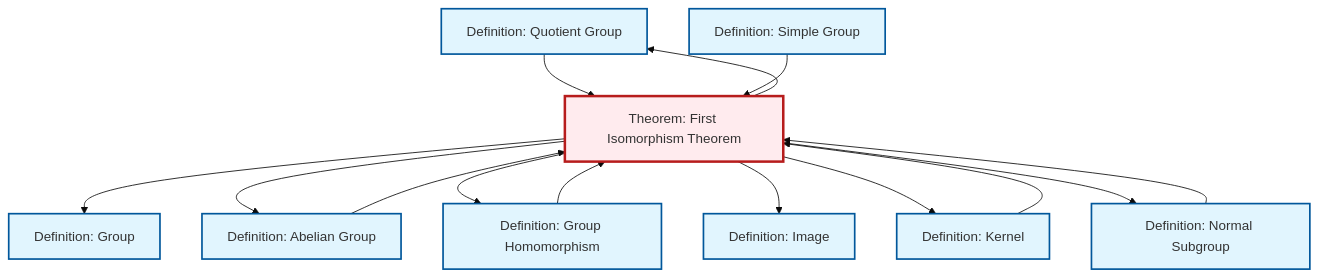
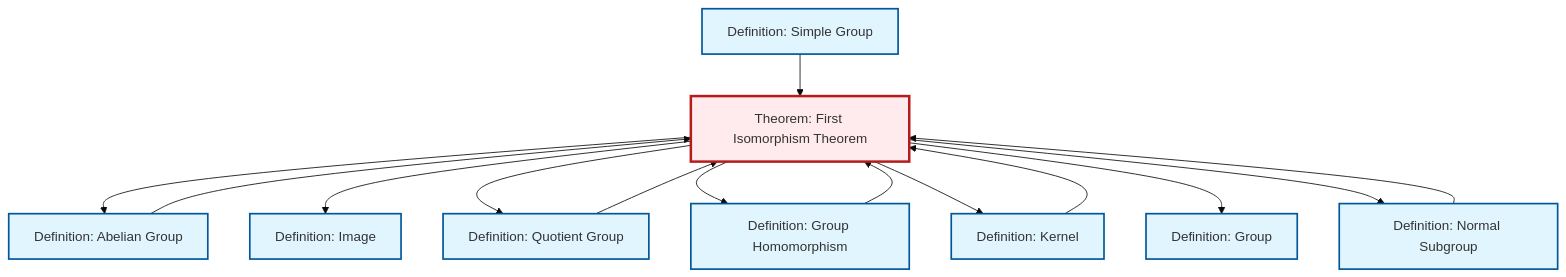
One commit to RK0429/ModernMath changed the diagram in content/en/algebra/thm-first-isomorphism.qmd. Above: the diagram before and after it, drawn with Mermaid (base theme). The commit also changed other lines of this file and 581 other files, not shown here.

````diff
--- a/content/en/algebra/thm-first-isomorphism.qmd
+++ b/content/en/algebra/thm-first-isomorphism.qmd
@@ -100,40 +100,40 @@
 ```{mermaid}
 %%| fig-cap: "Local dependency graph"
 graph TD
     classDef definition fill:#e1f5fe,stroke:#01579b,stroke-width:2px
     classDef theorem fill:#f3e5f5,stroke:#4a148c,stroke-width:2px
     classDef axiom fill:#fff3e0,stroke:#e65100,stroke-width:2px
     classDef example fill:#e8f5e9,stroke:#1b5e20,stroke-width:2px
     classDef current fill:#ffebee,stroke:#b71c1c,stroke-width:3px
+    def-simple-group["Definition: Simple Group"]:::definition
+    def-image["Definition: Image"]:::definition
+    def-normal-subgroup["Definition: Normal Subgroup"]:::definition
     def-quotient-group["Definition: Quotient Group"]:::definition
+    def-abelian-group["Definition: Abelian Group"]:::definition
     def-kernel["Definition: Kernel"]:::definition
-    def-image["Definition: Image"]:::definition
-    def-abelian-group["Definition: Abelian Group"]:::definition
-    def-simple-group["Definition: Simple Group"]:::definition
     def-group["Definition: Group"]:::definition
-    def-normal-subgroup["Definition: Normal Subgroup"]:::definition
     def-homomorphism["Definition: Group Homomorphism"]:::definition
     thm-first-isomorphism["Theorem: First Isomorphism Theorem"]:::theorem
+    thm-first-isomorphism --> def-abelian-group
     def-quotient-group --> thm-first-isomorphism
+    thm-first-isomorphism --> def-image
+    thm-first-isomorphism --> def-quotient-group
+    thm-first-isomorphism --> def-homomorphism
+    thm-first-isomorphism --> def-kernel
     thm-first-isomorphism --> def-group
-    def-normal-subgroup --> thm-first-isomorphism
-    thm-first-isomorphism --> def-abelian-group
-    def-abelian-group --> thm-first-isomorphism
-    thm-first-isomorphism --> def-homomorphism
-    thm-first-isomorphism --> def-image
     def-simple-group --> thm-first-isomorphism
     def-kernel --> thm-first-isomorphism
-    thm-first-isomorphism --> def-kernel
+    def-homomorphism --> thm-first-isomorphism
+    def-abelian-group --> thm-first-isomorphism
+    def-normal-subgroup --> thm-first-isomorphism
     thm-first-isomorphism --> def-normal-subgroup
-    thm-first-isomorphism --> def-quotient-group
-    def-homomorphism --> thm-first-isomorphism
     class thm-first-isomorphism current
+    click def-simple-group "def-simple-group.html" "Go to Simple Group definition"
+    click def-image "def-image.html" "Go to Image definition"
+    click def-normal-subgroup "def-normal-subgroup.html" "Go to Normal Subgroup definition"
     click def-quotient-group "def-quotient-group.html" "Go to Quotient Group definition"
+    click def-abelian-group "def-abelian-group.html" "Go to Abelian Group definition"
     click def-kernel "def-kernel.html" "Go to Kernel definition"
-    click def-image "def-image.html" "Go to Image definition"
-    click def-abelian-group "def-abelian-group.html" "Go to Abelian Group definition"
-    click def-simple-group "def-simple-group.html" "Go to Simple Group definition"
     click def-group "def-group.html" "Go to Group definition"
-    click def-normal-subgroup "def-normal-subgroup.html" "Go to Normal Subgroup definition"
     click def-homomorphism "def-homomorphism.html" "Go to Group Homomorphism definition"
 ```
````
